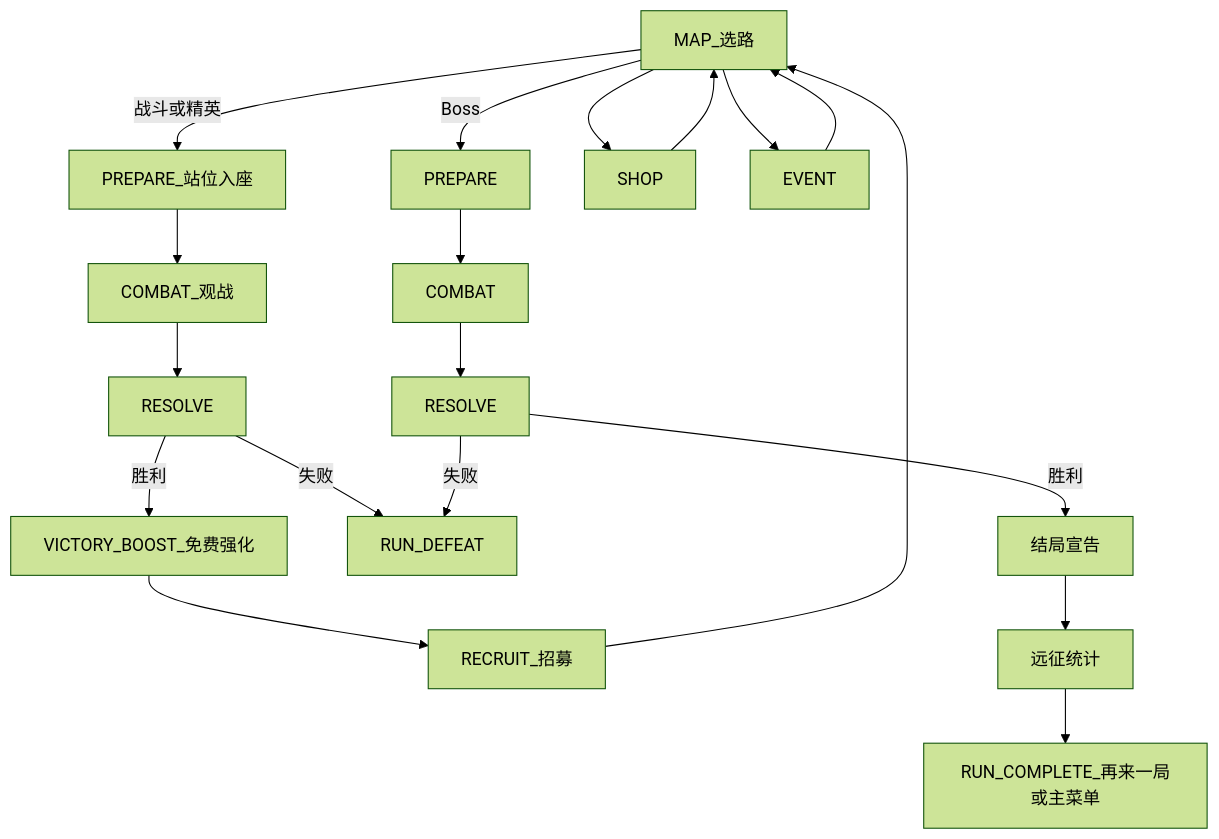
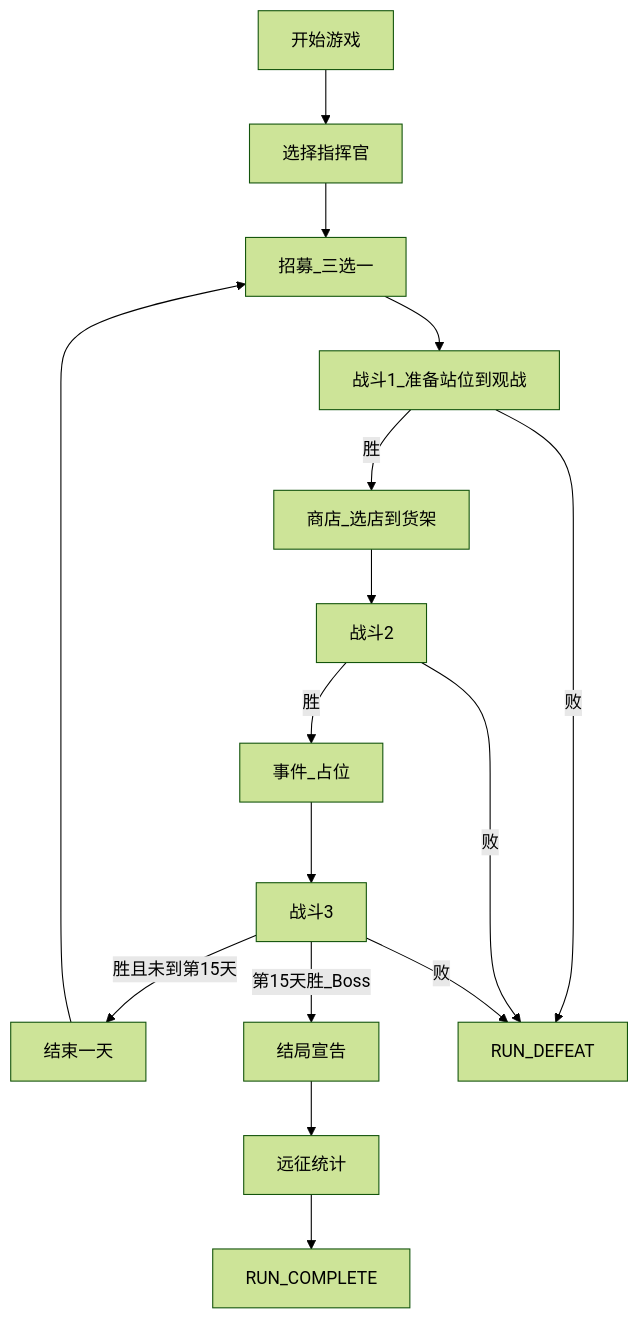
Before and after one commit to Kanerickyz/project-autochess: the diagram in Documents/GAME_VISION.md, drawn with Mermaid (forest theme). The commit also changed other lines of this file and 8 other files, not shown here.

Commit message:
docs: 主爬塔改为十五天日程（愿景、循环、招募、商店、装备、玩家、地图、强化、索引）

````diff
--- a/Documents/GAME_VISION.md
+++ b/Documents/GAME_VISION.md
@@ -107,13 +110,15 @@
 ```mermaid
 flowchart TD
-    Map[MAP_选路] -->|战斗或精英| Prep[PREPARE_站位入座] --> Combat[COMBAT_观战] --> Resolve[RESOLVE]
-    Resolve -->|胜利| Boost[VICTORY_BOOST_免费强化] --> Recruit[RECRUIT_招募] --> Map
-    Resolve -->|失败| RunDefeat[RUN_DEFEAT]
-    Map -->|Boss| BossPrep[PREPARE] --> BossCombat[COMBAT] --> BossResolve[RESOLVE]
-    BossResolve -->|胜利| RunResult[结局宣告]
-    RunResult --> RunStats[远征统计]
-    RunStats --> RunComplete[RUN_COMPLETE_再来一局或主菜单]
-    BossResolve -->|失败| RunDefeat
-    Map --> ShopNode[SHOP] --> Map
-    Map --> Event[EVENT] --> Map
+    Start[开始游戏] --> Pick[选择指挥官]
+    Pick --> Recruit[招募_三选一]
+    Recruit --> C1[战斗1_准备站位到观战]
+    C1 -->|胜| Shop[商店_选店到货架]
+    Shop --> C2[战斗2]
+    C2 -->|胜| Event[事件_占位]
+    Event --> C3[战斗3]
+    C3 -->|胜且未到第15天| DayEnd[结束一天] --> Recruit
+    C3 -->|第15天胜_Boss| RunResult[结局宣告] --> RunStats[远征统计] --> RunComplete[RUN_COMPLETE]
+    C1 -->|败| RunDefeat[RUN_DEFEAT]
+    C2 -->|败| RunDefeat
+    C3 -->|败| RunDefeat
 ```
````
